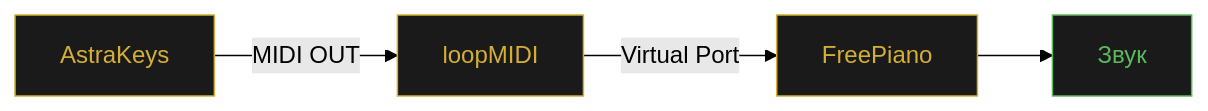
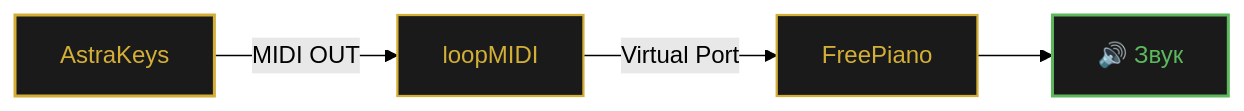
One commit to SMisha2/AstraKeys changed the second of 2 diagrams in README.md. Above: the diagram before and after it, drawn with Mermaid (forest theme). The commit also changed other lines of this file, not shown here.

````diff
--- a/README.md
+++ b/README.md
@@ -189,10 +361,14 @@
 ```mermaid
 graph LR
     A[AstraKeys] -->|MIDI OUT| B[loopMIDI]
     B -->|Virtual Port| C[FreePiano]
-    C --> D[Звук]
-    style A fill:#1a1a1a,stroke:#d4af37,color:#d4af37
-    style B fill:#1a1a1a,stroke:#d4af37,color:#d4af37
-    style C fill:#1a1a1a,stroke:#d4af37,color:#d4af37
-    style D fill:#1a1a1a,stroke:#5cb85c,color:#5cb85c
+    C --> D[🔊 Звук]
+
+    classDef app fill:#1a1a1a,stroke:#d4af37,color:#d4af37,stroke-width:2px
+    classDef mid fill:#1a1a1a,stroke:#d4af37,color:#d4af37,stroke-width:1.5px
+    classDef out fill:#1a1a1a,stroke:#5cb85c,color:#5cb85c,stroke-width:2px
+
+    class A app
+    class B,C mid
+    class D out
 ```
````
